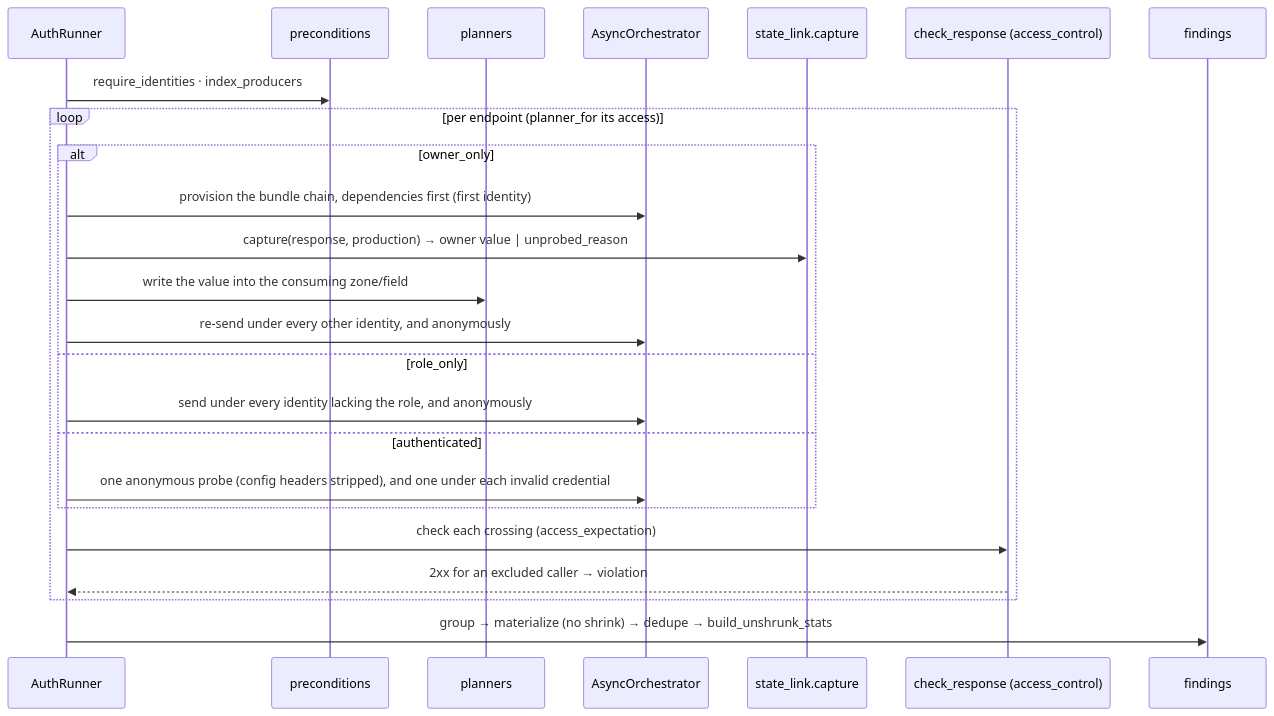
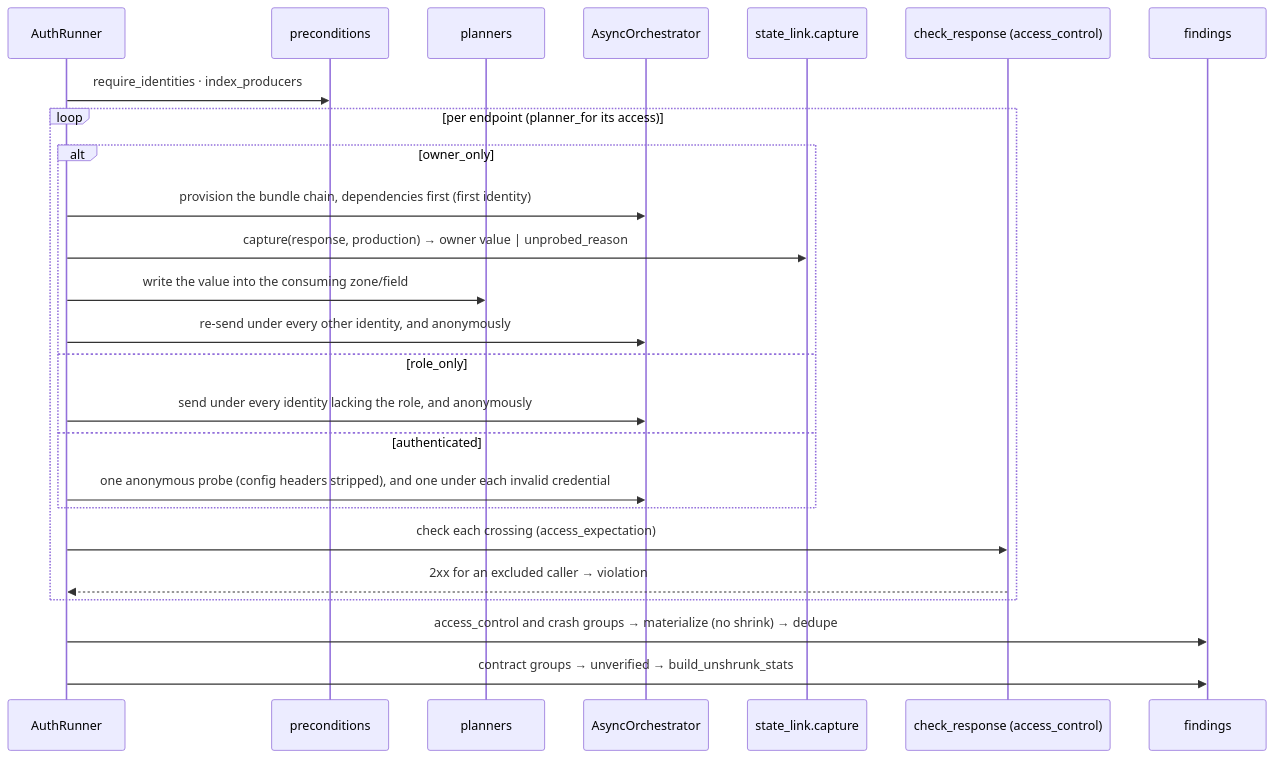
Before and after one commit to Spec-Forge-Testing/specforge-docs: the sixth of 6 diagrams in docs/modules/specforge-engine/execution-modes.md, drawn with Mermaid. The commit also changed other lines of this file and 45 other files, not shown here.

````diff
--- a/docs/modules/specforge-engine/execution-modes.md
+++ b/docs/modules/specforge-engine/execution-modes.md
@@ -647,27 +661,28 @@
 ```mermaid
 sequenceDiagram
     participant AR as AuthRunner
     participant Pre as preconditions
     participant Pl as planners
     participant Orch as AsyncOrchestrator
     participant Cap as state_link.capture
     participant Or as check_response (access_control)
     participant Fnd as findings
 
     AR->>Pre: require_identities · index_producers
     loop per endpoint (planner_for its access)
         alt owner_only
             AR->>Orch: provision the bundle chain, dependencies first (first identity)
             AR->>Cap: capture(response, production) → owner value | unprobed_reason
             AR->>Pl: write the value into the consuming zone/field
             AR->>Orch: re-send under every other identity, and anonymously
         else role_only
             AR->>Orch: send under every identity lacking the role, and anonymously
         else authenticated
             AR->>Orch: one anonymous probe (config headers stripped), and one under each invalid credential
         end
         AR->>Or: check each crossing (access_expectation)
         Or-->>AR: 2xx for an excluded caller → violation
     end
-    AR->>Fnd: group → materialize (no shrink) → dedupe → build_unshrunk_stats
+    AR->>Fnd: access_control and crash groups → materialize (no shrink) → dedupe
+    AR->>Fnd: contract groups → unverified → build_unshrunk_stats
 ```
````
